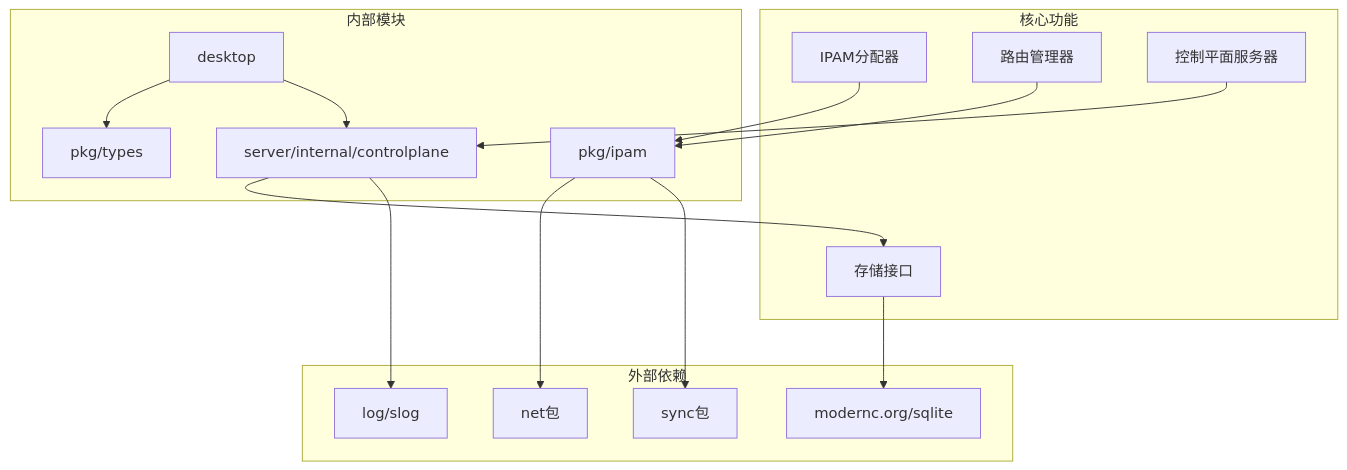
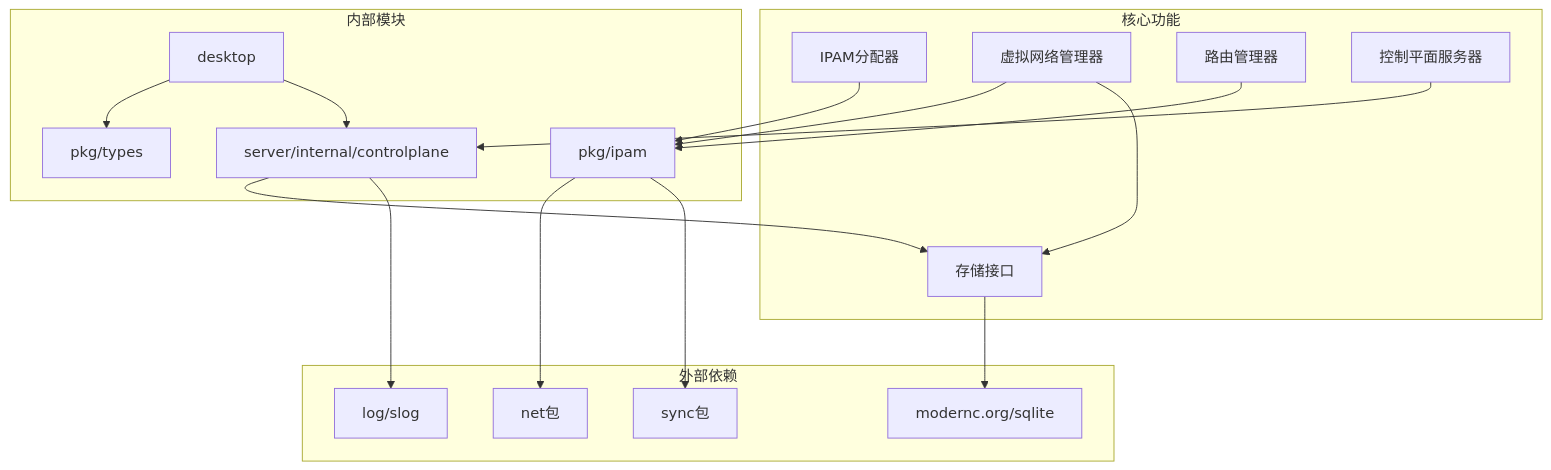
Before and after one commit to itsharex/NexTunnel: diagram 11 of 11 in .qoder/repowiki/zh/content/数据模型/IP地址管理(IPAM)系统.md, drawn with Mermaid. The commit also changed other lines of this file and 23 other files, not shown here.

````diff
--- a/.qoder/repowiki/zh/content/数据模型/IP地址管理(IPAM)系统.md
+++ b/.qoder/repowiki/zh/content/数据模型/IP地址管理(IPAM)系统.md
@@ -292,31 +456,34 @@
 ```mermaid
 graph TB
 subgraph "外部依赖"
 Net[net包]
 Sync[sync包]
 SQLite[modernc.org/sqlite]
 Slog[log/slog]
 end
 subgraph "内部模块"
 IPAM[pkg/ipam]
 Types[pkg/types]
 ControlPlane[server/internal/controlplane]
 Desktop[desktop]
 end
 subgraph "核心功能"
 IPAMAllocator[IPAM分配器]
+VirtualNetworkManager[虚拟网络管理器]
 RouteManager[路由管理器]
 Store[存储接口]
 Server[控制平面服务器]
 end
 IPAM --> Net
 IPAM --> Sync
+VirtualNetworkManager --> IPAM
+VirtualNetworkManager --> Store
 IPAMAllocator --> IPAM
 RouteManager --> IPAM
 ControlPlane --> Store
 ControlPlane --> Slog
 Server --> ControlPlane
 Desktop --> Types
 Desktop --> ControlPlane
 Store --> SQLite
 ```
````
